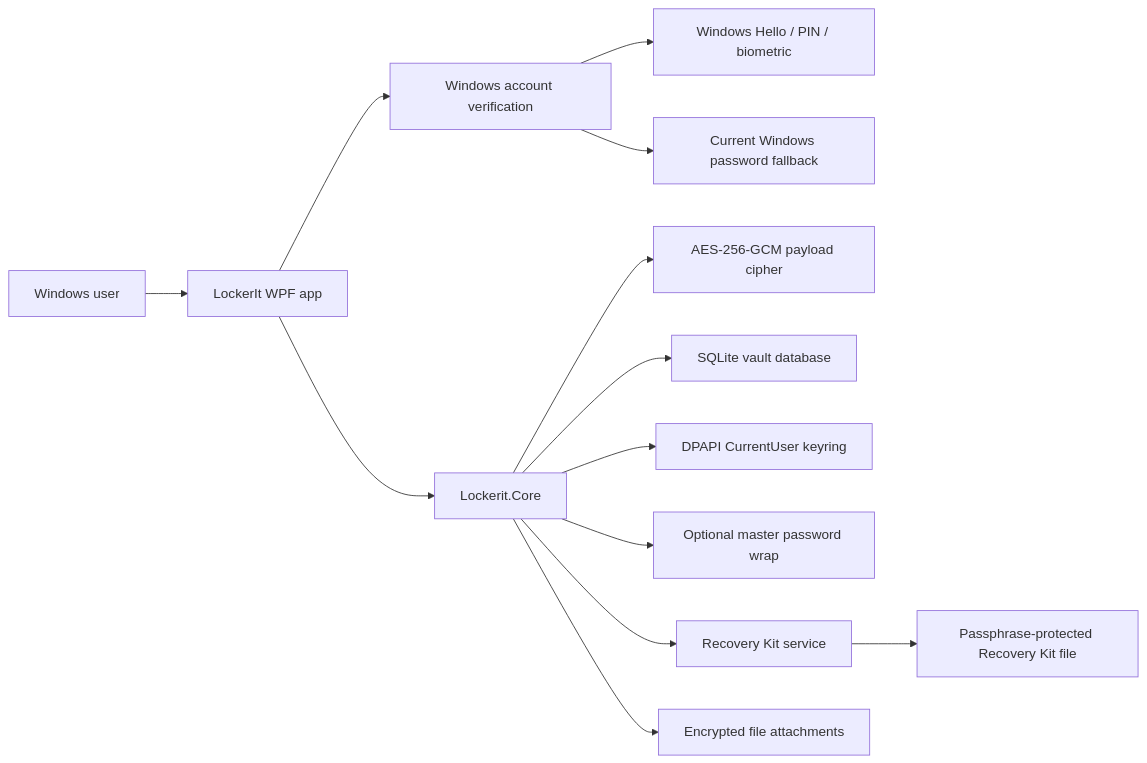
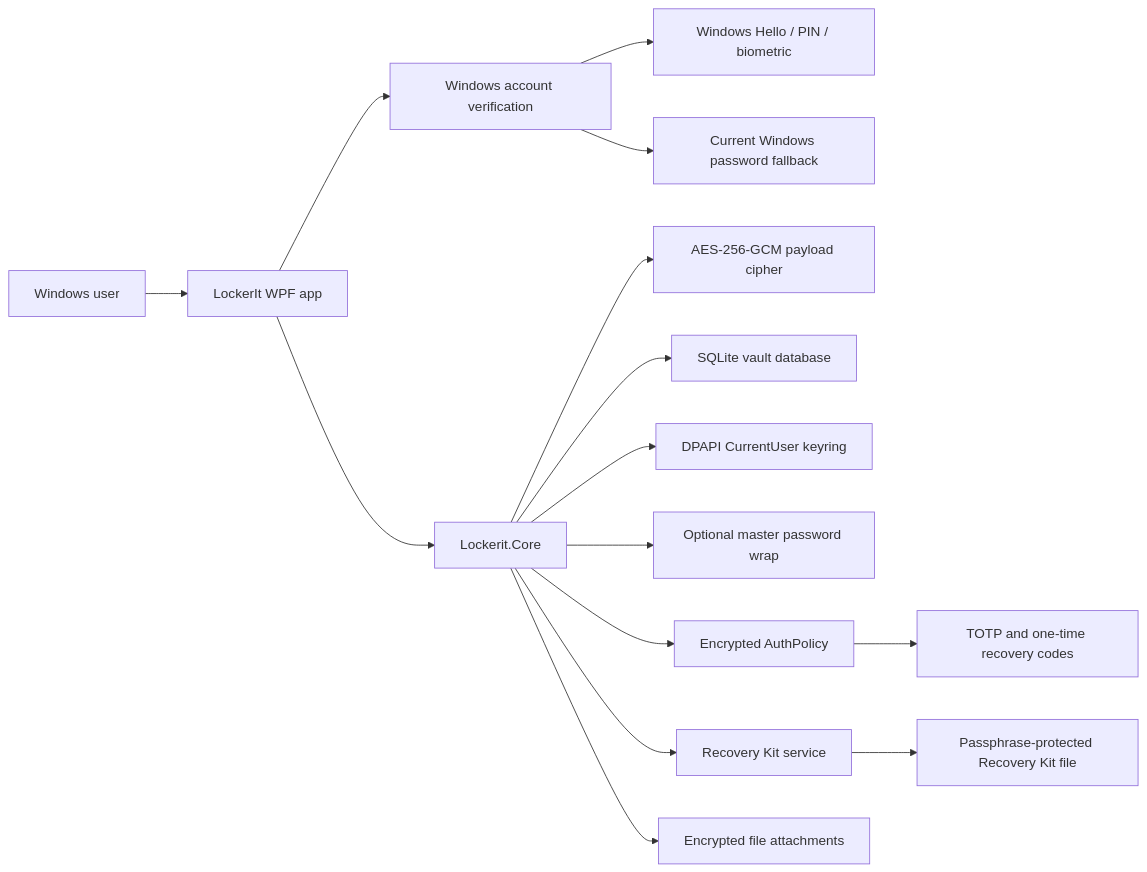
Before and after one commit to viamus/locker-it: the first of 4 diagrams in README.md, drawn with Mermaid. The commit also changed other lines of this file and 22 other files, not shown here.

Commit message:
Add AuthPolicy TOTP gate

````diff
--- a/README.md
+++ b/README.md
@@ -44,15 +46,17 @@
 ```mermaid
 flowchart LR
     User["Windows user"] --> App["LockerIt WPF app"]
     App --> Auth["Windows account verification"]
     Auth --> Hello["Windows Hello / PIN / biometric"]
     Auth --> PasswordFallback["Current Windows password fallback"]
     App --> Core["Lockerit.Core"]
     Core --> Cipher["AES-256-GCM payload cipher"]
     Core --> Store["SQLite vault database"]
     Core --> Keyring["DPAPI CurrentUser keyring"]
     Core --> MasterPassword["Optional master password wrap"]
+    Core --> AuthPolicy["Encrypted AuthPolicy"]
+    AuthPolicy --> Totp["TOTP and one-time recovery codes"]
     Core --> Recovery["Recovery Kit service"]
     Core --> Files["Encrypted file attachments"]
     Recovery --> Kit["Passphrase-protected Recovery Kit file"]
 ```
````
